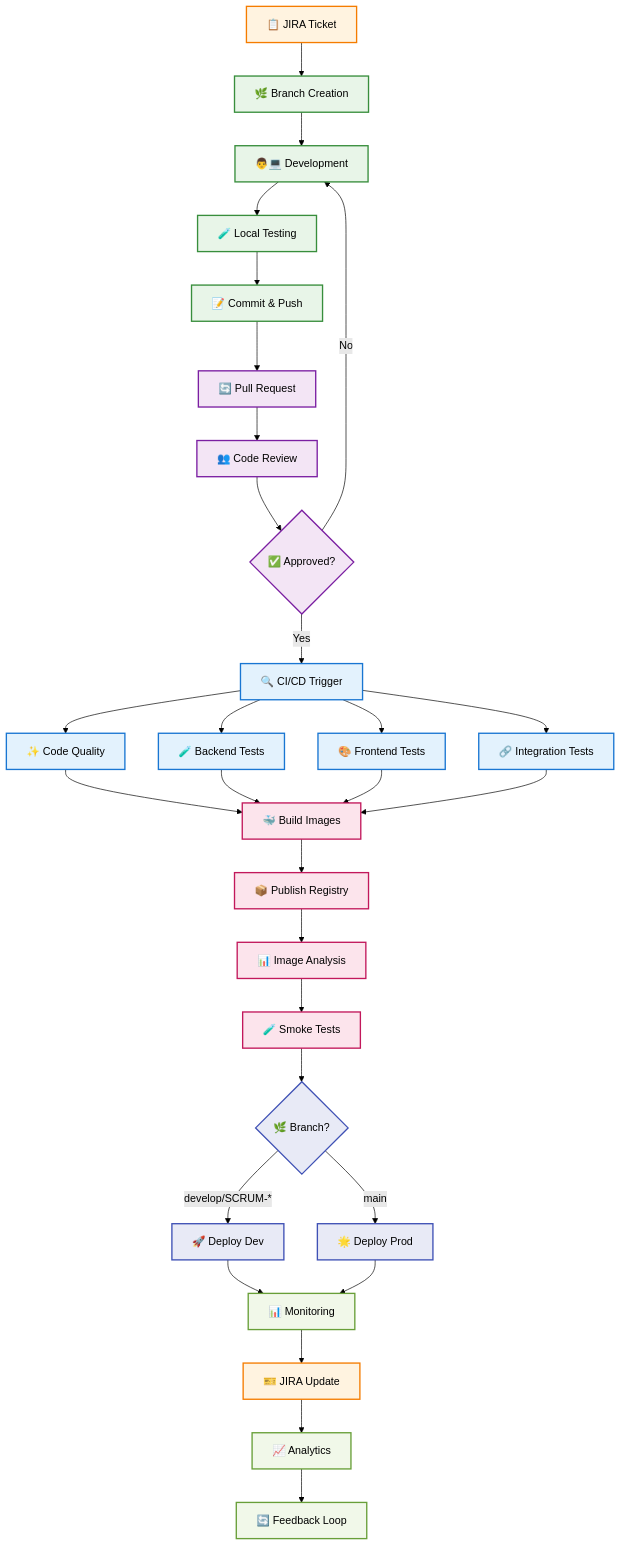
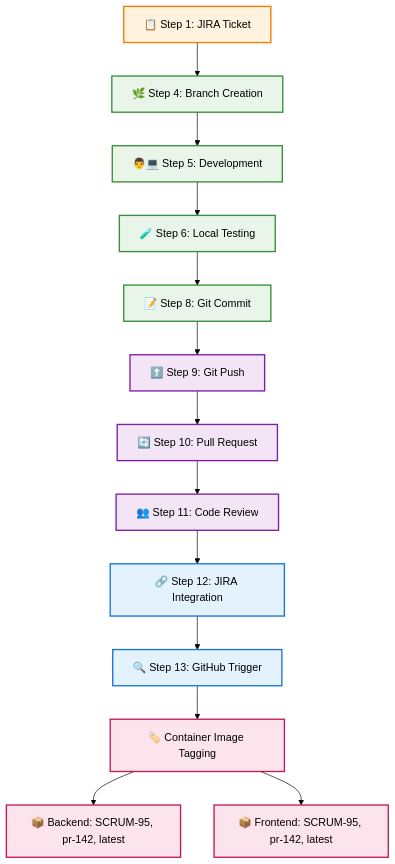
One commit to andreaendigital/CarPricePredictor-Demo changed the diagram in docs/cicd/pipeline.md. Above: the diagram before and after it, drawn with Mermaid (forest theme). The commit also changed other lines of this file and 25 other files, not shown here.

First line of the commit message:
feat(docs): enhance PR template with professional GitHub-themed UI

````diff
--- a/docs/cicd/pipeline.md
+++ b/docs/cicd/pipeline.md
@@ -34,47 +14,27 @@
 ```mermaid
 flowchart TD
-    A[📋 JIRA Ticket] --> B[🌿 Branch Creation]
-    B --> C[👨💻 Development]
-    C --> D[🧪 Local Testing]
-    D --> E[📝 Commit & Push]
-    E --> F[🔄 Pull Request]
-    F --> G[👥 Code Review]
-    G --> H{✅ Approved?}
-    H -->|No| C
-    H -->|Yes| I[🔍 CI/CD Trigger]
-    I --> J[✨ Code Quality]
-    I --> K[🧪 Backend Tests]
-    I --> L[🎨 Frontend Tests]
-    I --> M[🔗 Integration Tests]
-    J --> N[🐳 Build Images]
-    K --> N
-    L --> N
-    M --> N
-    N --> O[📦 Publish Registry]
-    O --> P[📊 Image Analysis]
-    P --> Q[🧪 Smoke Tests]
-    Q --> R{🌿 Branch?}
-    R -->|develop/SCRUM-*| S[🚀 Deploy Dev]
-    R -->|main| T[🌟 Deploy Prod]
-    S --> U[📊 Monitoring]
-    T --> U
-    U --> V[🎫 JIRA Update]
-    V --> W[📈 Analytics]
-    W --> X[🔄 Feedback Loop]
+    A[📋 Step 1: JIRA Ticket] --> B[🌿 Step 4: Branch Creation]
+    B --> C[👨💻 Step 5: Development]
+    C --> D[🧪 Step 6: Local Testing]
+    D --> E[📝 Step 8: Git Commit]
+    E --> F[⬆️ Step 9: Git Push]
+    F --> G[🔄 Step 10: Pull Request]
+    G --> H[👥 Step 11: Code Review]
+    H --> I[🔗 Step 12: JIRA Integration]
+    I --> J[🔍 Step 13: GitHub Trigger]
+    J --> K[🏷️ Container Image Tagging]
+    K --> L[📦 Backend: SCRUM-95, pr-142, latest]
+    K --> M[📦 Frontend: SCRUM-95, pr-142, latest]
 
     classDef planning fill:#fff3e0,stroke:#f57c00,stroke-width:2px
     classDef development fill:#e8f5e8,stroke:#388e3c,stroke-width:2px
     classDef review fill:#f3e5f5,stroke:#7b1fa2,stroke-width:2px
     classDef cicd fill:#e3f2fd,stroke:#1976d2,stroke-width:2px
     classDef build fill:#fce4ec,stroke:#c2185b,stroke-width:2px
-    classDef deploy fill:#e8eaf6,stroke:#3f51b5,stroke-width:2px
-    classDef monitor fill:#f1f8e9,stroke:#689f38,stroke-width:2px
 
-    class A,V planning
+    class A planning
     class B,C,D,E development
     class F,G,H review
-    class I,J,K,L,M cicd
-    class N,O,P,Q build
-    class R,S,T deploy
-    class U,W,X monitor
+    class I,J cicd
+    class K,L,M build
 ```
````
